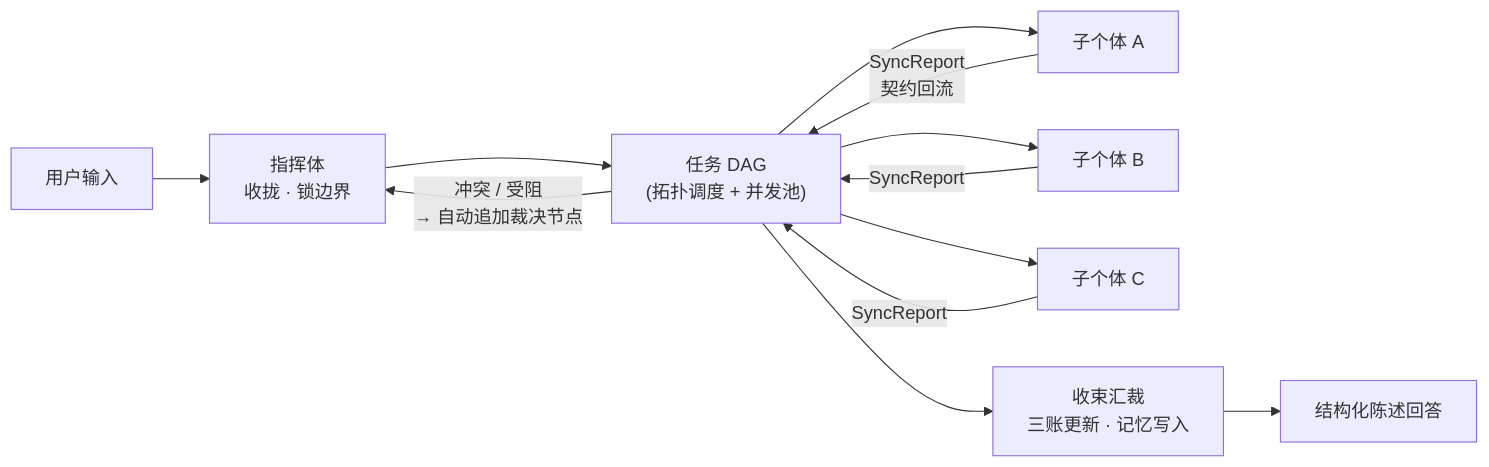
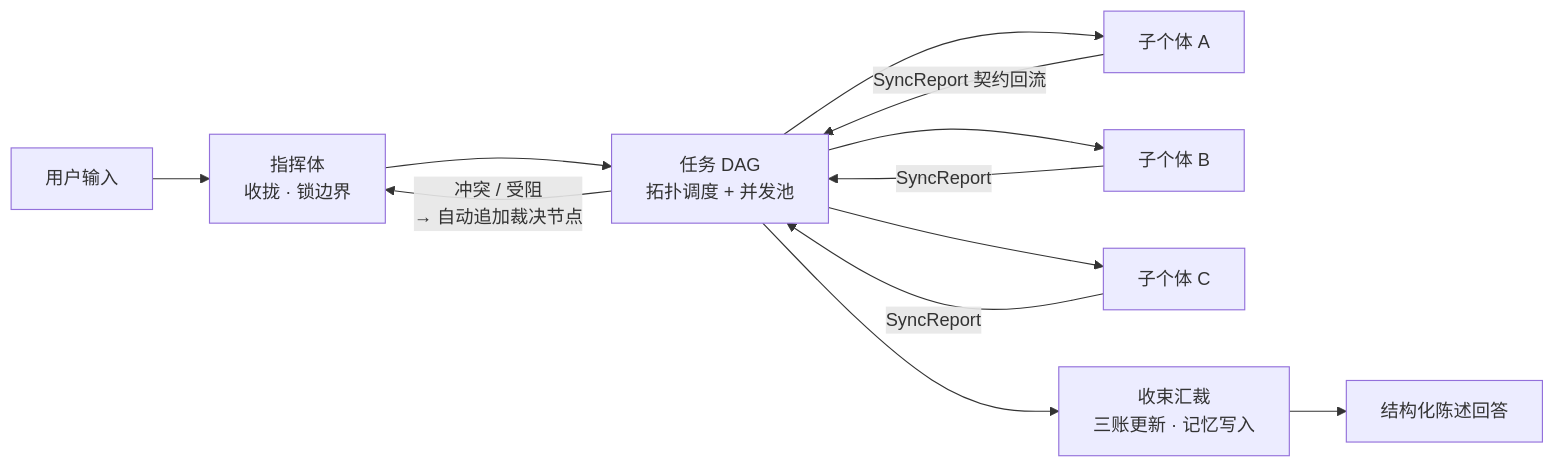
Before and after one commit to ExMachina-Project/ExMachina: the diagram in README.md, drawn with Mermaid. The commit also changed other lines of this file and 20 other files, not shown here.

````diff
--- a/README.md
+++ b/README.md
@@ -66,14 +116,14 @@
 ```mermaid
 flowchart LR
     U["用户输入"] --> O["指挥体<br/>收拢 · 锁边界"]
-    O --> P["任务 DAG<br/>(拓扑调度 + 并发池)"]
+    O --> P["任务 DAG<br/>拓扑调度 + 并发池"]
     P --> A1["子个体 A"]
     P --> A2["子个体 B"]
     P --> A3["子个体 C"]
-    A1 -- "SyncReport<br/>契约回流" --> P
+    A1 -- "SyncReport 契约回流" --> P
     A2 -- "SyncReport" --> P
     A3 -- "SyncReport" --> P
     P -- "冲突 / 受阻<br/>→ 自动追加裁决节点" --> O
     P --> F["收束汇裁<br/>三账更新 · 记忆写入"]
     F --> R["结构化陈述回答"]
 ```
````
